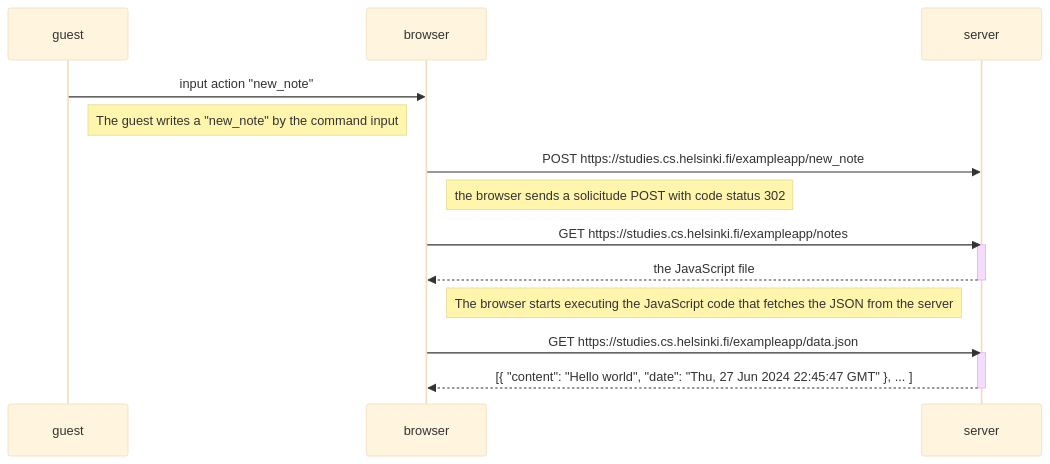
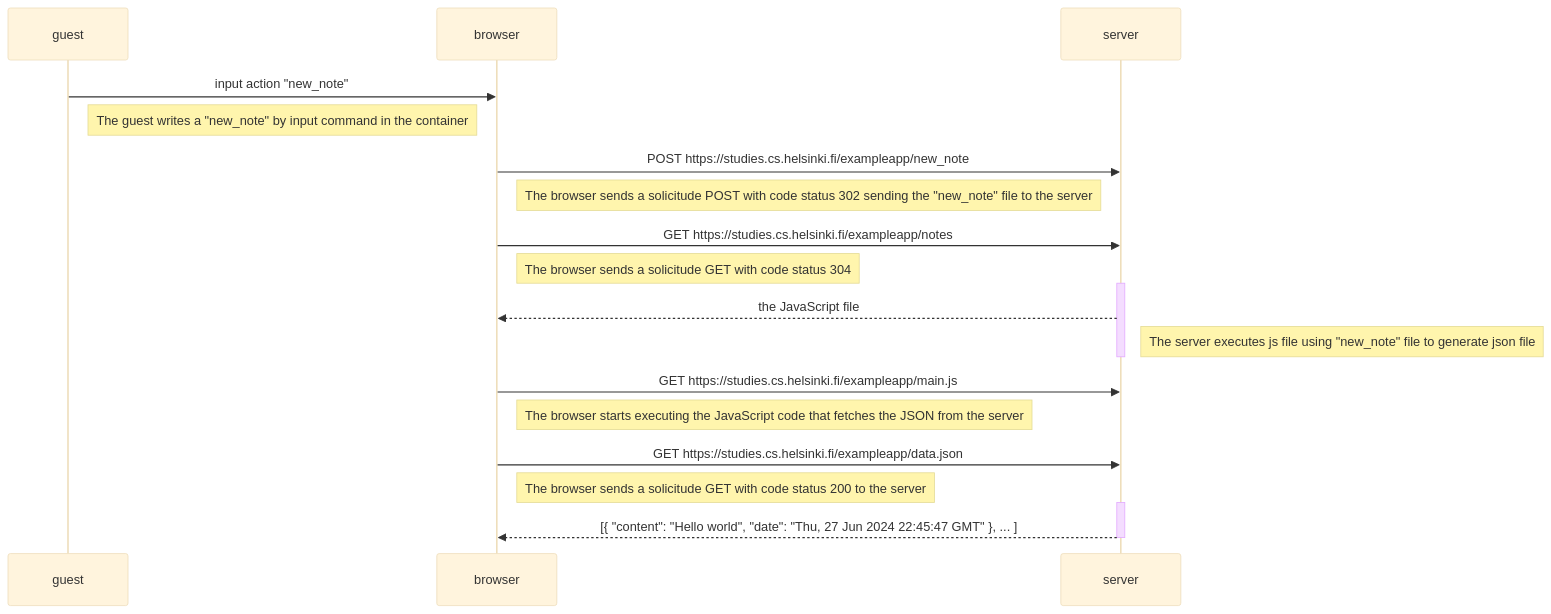
Before and after one commit to bacucan1/Fullstack-open-part-0-DG: the diagram in Exercise_0.4_Fullstack_open.md, drawn with Mermaid (base theme).

````diff
--- a/Exercise_0.4_Fullstack_open.md
+++ b/Exercise_0.4_Fullstack_open.md
@@ -1,23 +1,25 @@
 ```mermaid
 sequenceDiagram
     participant guest
     participant browser
     participant server
 
     guest->>browser: input action "new_note"
-    Note right of guest: The guest writes a "new_note" by the command input
+    Note right of guest: The guest writes a "new_note" by input command in the container
     browser->>server: POST https://studies.cs.helsinki.fi/exampleapp/new_note
-    Note right of browser: the browser sends a solicitude POST with code status 302
+    Note right of browser: The browser sends a solicitude POST with code status 302 sending the "new_note" file to the server
     browser->>server: GET https://studies.cs.helsinki.fi/exampleapp/notes
+    Note right of browser: The browser sends a solicitude GET with code status 304
     activate server
     server-->>browser: the JavaScript file
+    Note right of server: The server executes js file using "new_note" file to generate json file
     deactivate server
-
+    browser->>server: GET https://studies.cs.helsinki.fi/exampleapp/main.js
     Note right of browser: The browser starts executing the JavaScript code that fetches the JSON from the server
-
     browser->>server: GET https://studies.cs.helsinki.fi/exampleapp/data.json
+    Note right of browser: The browser sends a solicitude GET with code status 200 to the server
     activate server
     server-->>browser: [{ "content": "Hello world", "date": "Thu, 27 Jun 2024 22:45:47 GMT" }, ... ]
     deactivate server
 
 ```
````
